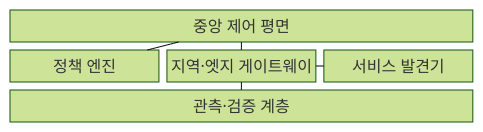
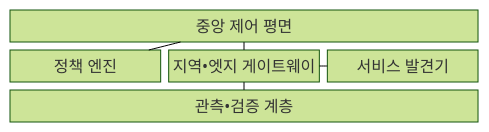
One commit to agnusdei1207/knowledge-base changed the first of 2 diagrams in src/content/docs/notes/04-network/101_distributed_cloud_networking.md. Above: the diagram before and after it, drawn with Mermaid (forest theme). The commit also changed other lines of this file and 953 other files, not shown here.

````diff
--- a/src/content/docs/notes/04-network/101_distributed_cloud_networking.md
+++ b/src/content/docs/notes/04-network/101_distributed_cloud_networking.md
@@ -67,13 +67,13 @@
 ```mermaid
 block-beta
     columns 3
     CP["중앙 제어 평면"]:3
     PE["정책 엔진"]
-    GW["지역·엣지 게이트웨이"]
+    GW["지역•엣지 게이트웨이"]
     SD["서비스 발견기"]
-    OBS["관측·검증 계층"]:3
+    OBS["관측•검증 계층"]:3
     CP --- PE
     CP --- GW
     GW --- SD
     GW --- OBS
 ```
````
